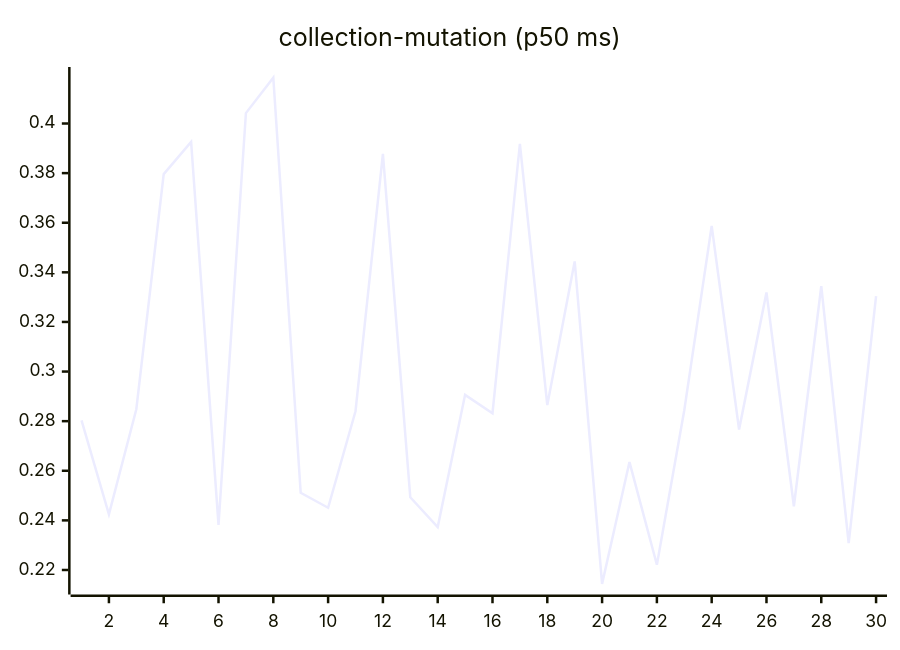
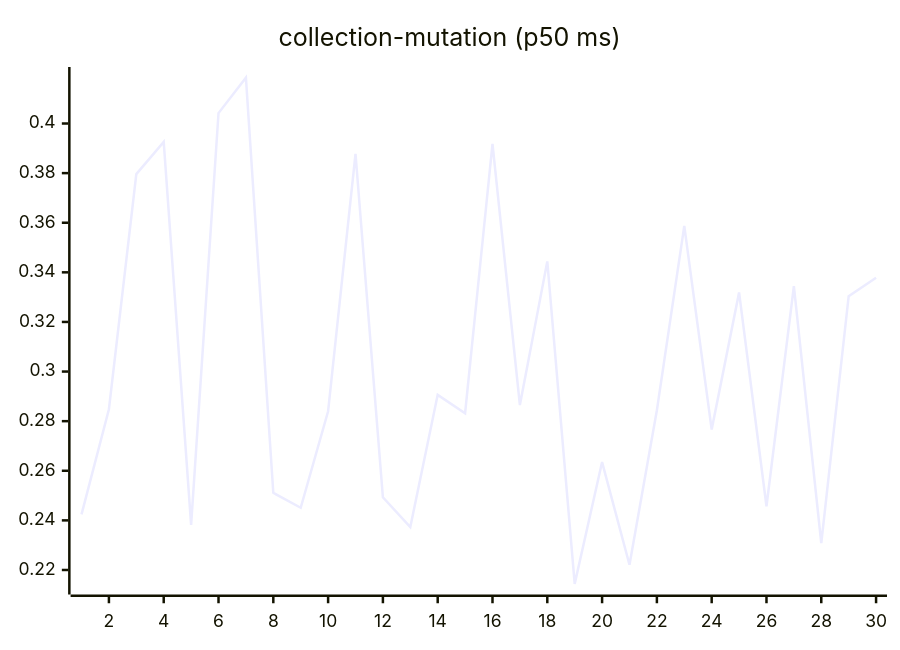
The sixth of 27 diagrams in README.md (josha/Facet), drawn with Mermaid before and after one commit. The commit also changed other lines of this file and 2 other files, not shown here.

````diff
--- a/README.md
+++ b/README.md
@@ -98,6 +98,6 @@
 ```mermaid
 xychart-beta
     title "collection-mutation (p50 ms)"
     x-axis 1 --> 30
-    line [0.2803, 0.2424, 0.2848, 0.3796, 0.3926, 0.2382, 0.4042, 0.4185, 0.2511, 0.2451, 0.2840, 0.3878, 0.2493, 0.2373, 0.2906, 0.2832, 0.3918, 0.2865, 0.3444, 0.2144, 0.2635, 0.2221, 0.2844, 0.3587, 0.2766, 0.3319, 0.2457, 0.3344, 0.2308, 0.3304]
+    line [0.2424, 0.2848, 0.3796, 0.3926, 0.2382, 0.4042, 0.4185, 0.2511, 0.2451, 0.2840, 0.3878, 0.2493, 0.2373, 0.2906, 0.2832, 0.3918, 0.2865, 0.3444, 0.2144, 0.2635, 0.2221, 0.2844, 0.3587, 0.2766, 0.3319, 0.2457, 0.3344, 0.2308, 0.3304, 0.3378]
 ```
````
